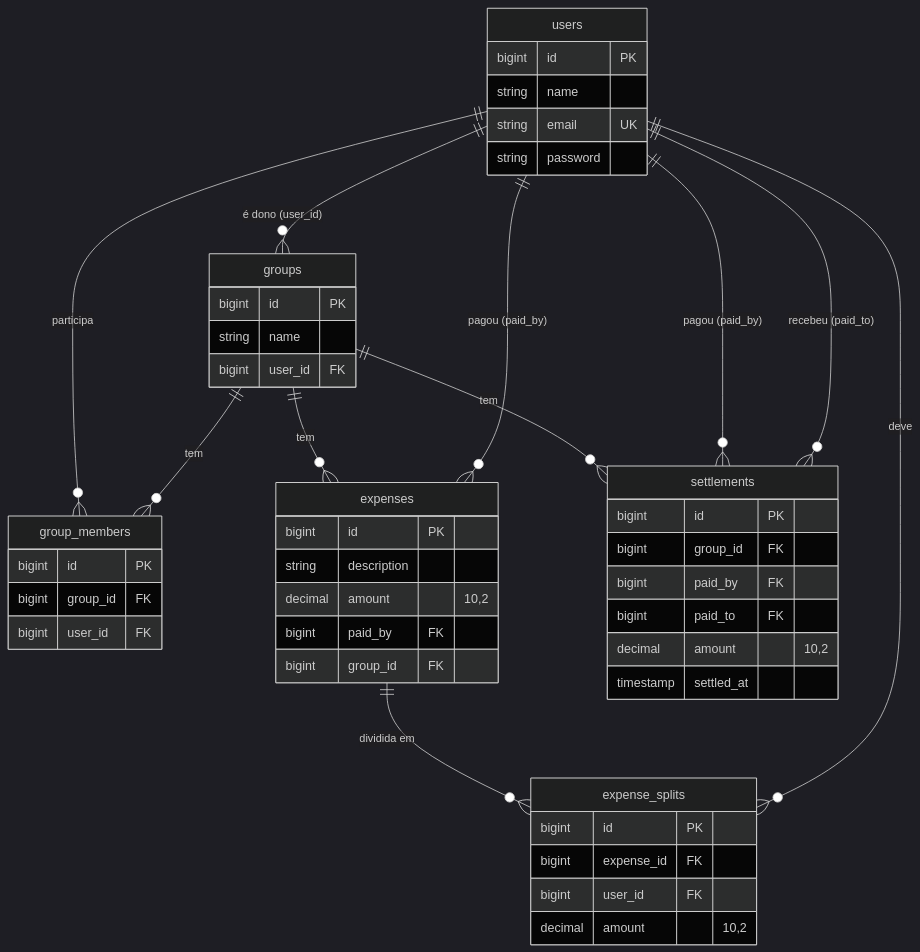
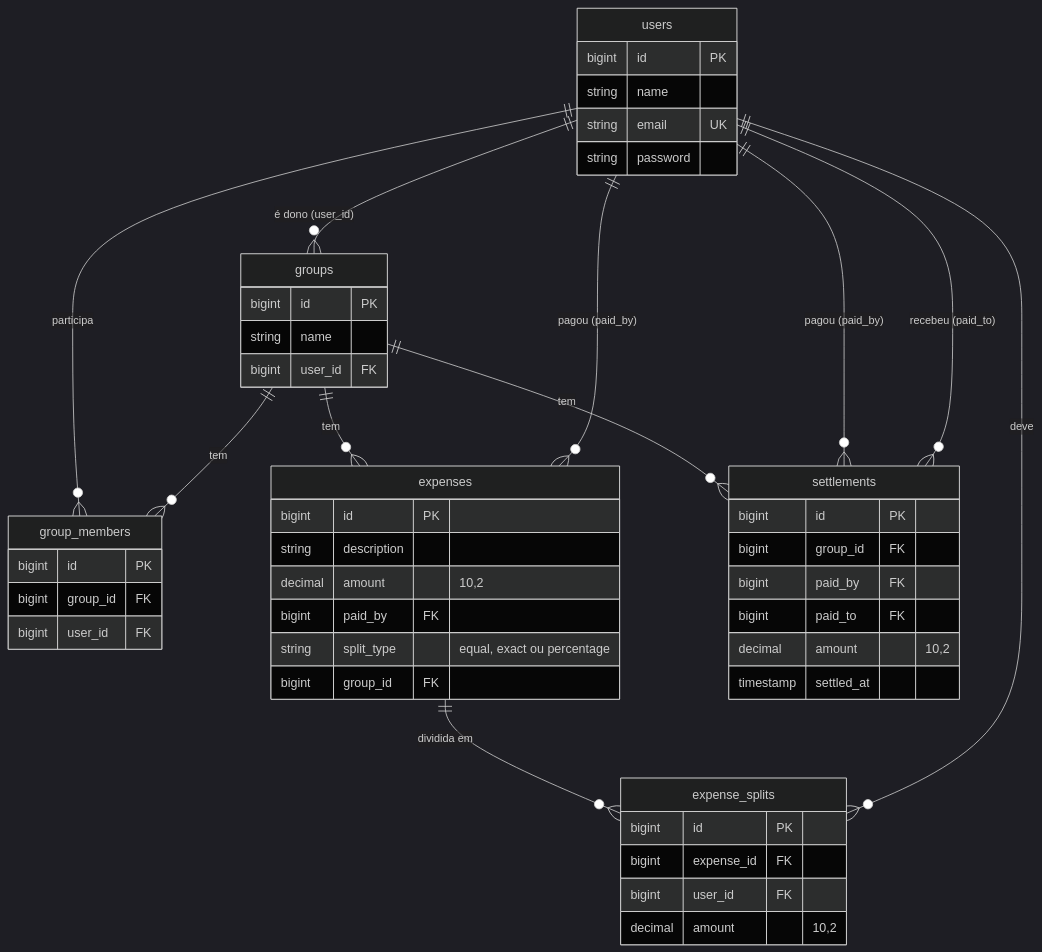
One commit to C14-Inatel-2026-2/Artel changed the diagram in docs/arquitetura.md. Above: the diagram before and after it, drawn with Mermaid (dark theme). The commit also changed other lines of this file and 10 other files, not shown here.

Commit message:
feat(expenses): add custom expense split (equal, exact and percentage)

````diff
--- a/docs/arquitetura.md
+++ b/docs/arquitetura.md
@@ -87,51 +99,52 @@
 ```mermaid
 erDiagram
     users ||--o{ groups : "é dono (user_id)"
     users ||--o{ group_members : "participa"
     groups ||--o{ group_members : "tem"
     groups ||--o{ expenses : "tem"
     users ||--o{ expenses : "pagou (paid_by)"
     expenses ||--o{ expense_splits : "dividida em"
     users ||--o{ expense_splits : "deve"
     groups ||--o{ settlements : "tem"
     users ||--o{ settlements : "pagou (paid_by)"
     users ||--o{ settlements : "recebeu (paid_to)"
 
     users {
         bigint id PK
         string name
         string email UK
         string password
     }
     groups {
         bigint id PK
         string name
         bigint user_id FK
     }
     group_members {
         bigint id PK
         bigint group_id FK
         bigint user_id FK
     }
     expenses {
         bigint id PK
         string description
         decimal amount "10,2"
         bigint paid_by FK
+        string split_type "equal, exact ou percentage"
         bigint group_id FK
     }
     expense_splits {
         bigint id PK
         bigint expense_id FK
         bigint user_id FK
         decimal amount "10,2"
     }
     settlements {
         bigint id PK
         bigint group_id FK
         bigint paid_by FK
         bigint paid_to FK
         decimal amount "10,2"
         timestamp settled_at
     }
 ```
````
